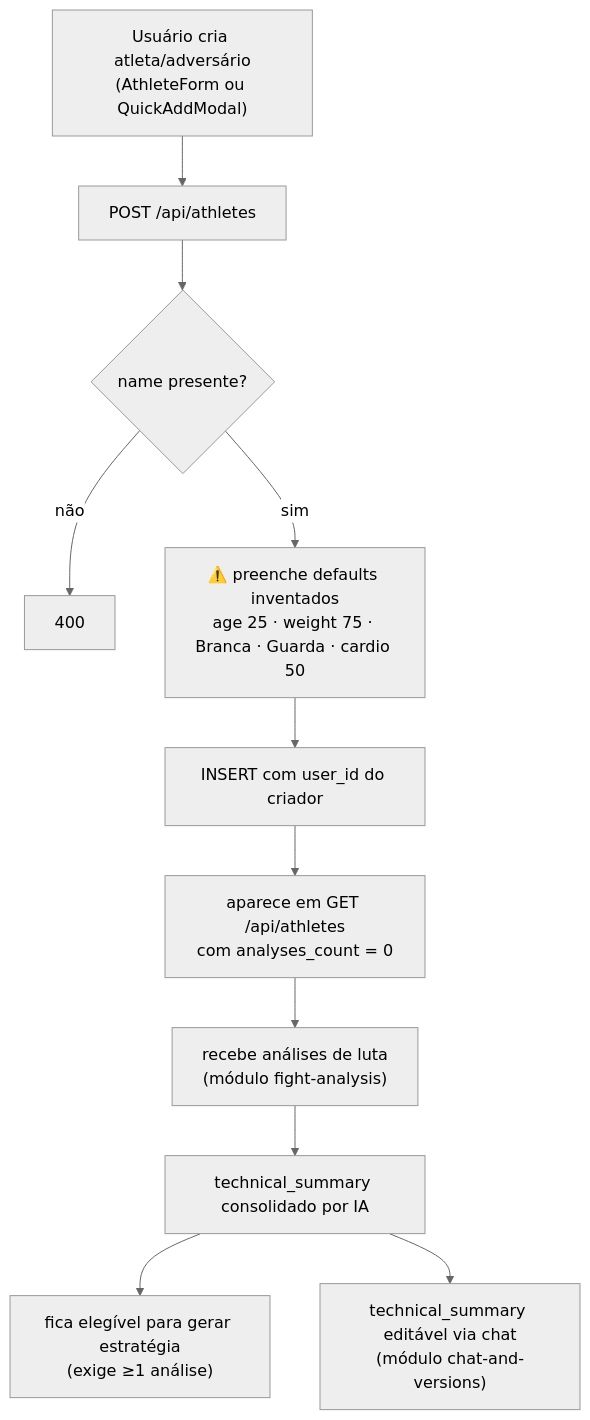
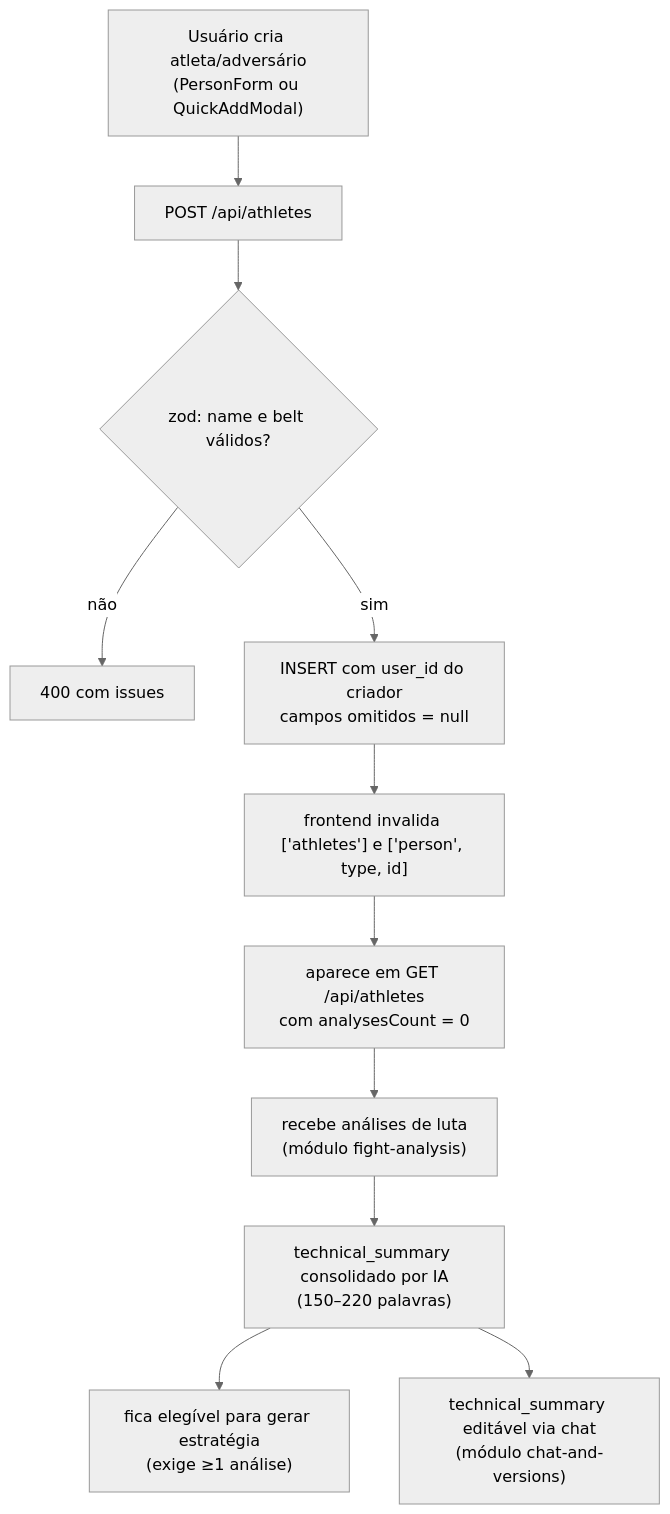
The diagram in docs/modules/athletes-opponents.md (lucasxtech/JiuMetrics), drawn with Mermaid (neutral theme) before and after one commit. The commit also changed other lines of this file and 49 other files, not shown here.

````diff
--- a/docs/modules/athletes-opponents.md
+++ b/docs/modules/athletes-opponents.md
@@ -65,13 +67,13 @@
 ```mermaid
 flowchart TD
-    U["Usuário cria atleta/adversário<br/>(AthleteForm ou QuickAddModal)"] --> C["POST /api/athletes"]
-    C --> D{"name presente?"}
-    D -->|não| E400["400"]
-    D -->|sim| DEF["⚠️ preenche defaults inventados<br/>age 25 · weight 75 · Branca · Guarda · cardio 50"]
-    DEF --> INS["INSERT com user_id do criador"]
-    INS --> LISTA["aparece em GET /api/athletes<br/>com analyses_count = 0"]
+    U["Usuário cria atleta/adversário<br/>(PersonForm ou QuickAddModal)"] --> C["POST /api/athletes"]
+    C --> V{"zod: name e belt válidos?"}
+    V -->|não| E400["400 com issues"]
+    V -->|sim| INS["INSERT com user_id do criador<br/>campos omitidos = null"]
+    INS --> INV["frontend invalida ['athletes'] e ['person', type, id]"]
+    INV --> LISTA["aparece em GET /api/athletes<br/>com analysesCount = 0"]
     LISTA --> AN["recebe análises de luta<br/>(módulo fight-analysis)"]
-    AN --> TS["technical_summary consolidado por IA"]
+    AN --> TS["technical_summary consolidado por IA<br/>(150–220 palavras)"]
     TS --> ST["fica elegível para gerar estratégia<br/>(exige ≥1 análise)"]
     TS --> CH["technical_summary editável via chat<br/>(módulo chat-and-versions)"]
 ```
````
